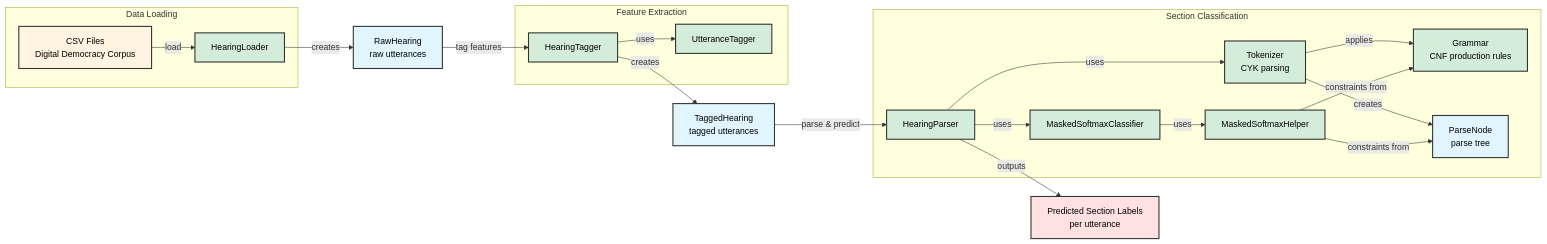
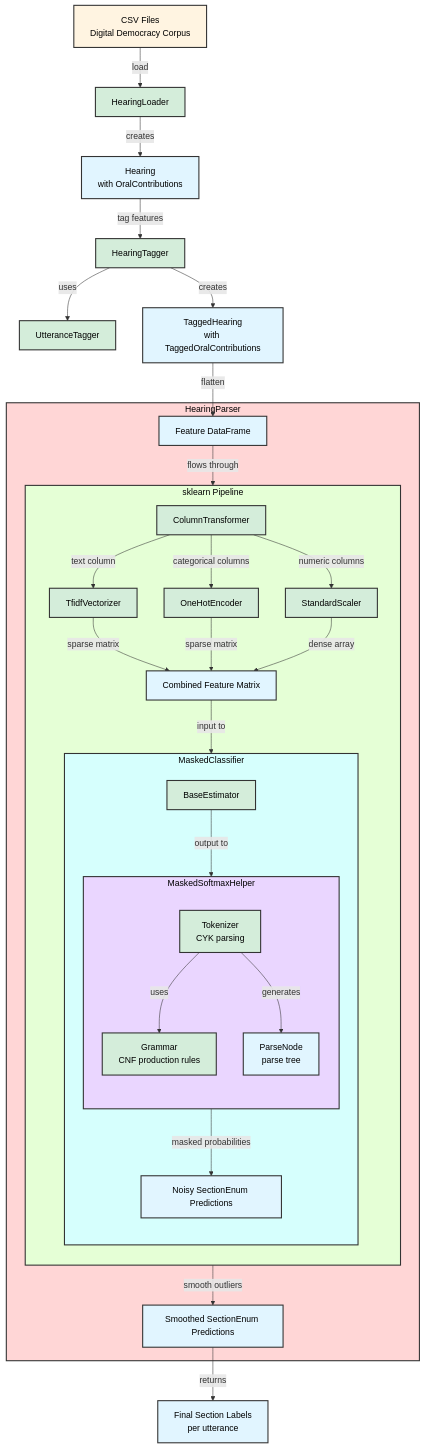
One commit to IsaacFigNewton/CommitteeHearingDiscourseParser changed the second of 2 diagrams in README.md. Above: the diagram before and after it, drawn with Mermaid. The commit also changed other lines of this file and 7 other files, not shown here.

````diff
--- a/README.md
+++ b/README.md
@@ -92,55 +76,69 @@
 ```mermaid
-graph LR
+graph TD
     %% Data flow
     CSV[CSV Files<br/>Digital Democracy Corpus] -->|load| HearingLoader
 
-    HearingLoader -->|creates| RawHearing[RawHearing<br/>raw utterances]
+    HearingLoader -->|creates| Hearing[Hearing<br/>with OralContributions]
 
-    RawHearing -->|tag features| HearingTagger
+    Hearing -->|tag features| HearingTagger
     HearingTagger -->|uses| UtteranceTagger
-    HearingTagger -->|creates| TaggedHearing[TaggedHearing<br/>tagged utterances]
+    HearingTagger -->|creates| TaggedHearing[TaggedHearing<br/>with TaggedOralContributions]
 
-    TaggedHearing -->|parse & predict| HearingParser
-    HearingParser -->|uses| Tokenizer[Tokenizer<br/>CYK parsing]
-    HearingParser -->|uses| MaskedSoftmaxClassifier
+    TaggedHearing -->|flatten| Features
 
-    Tokenizer -->|applies| Grammar[Grammar<br/>CNF production rules]
-    Tokenizer -->|creates| ParseNode[ParseNode<br/>parse tree]
+    subgraph HearingParser[HearingParser]
+        Features[Feature DataFrame] -->|flows through| CT
 
-    MaskedSoftmaxClassifier -->|uses| MaskedSoftmaxHelper
-    MaskedSoftmaxHelper -->|constraints from| ParseNode
-    MaskedSoftmaxHelper -->|constraints from| Grammar
+        subgraph Pipeline["sklearn Pipeline"]
+            direction TB
 
-    HearingParser -->|outputs| PredictedSections[Predicted Section Labels<br/>per utterance]
+            CT[ColumnTransformer]
 
-    %% Component grouping
-    subgraph "Data Loading"
-        HearingLoader
-        CSV
+            CT -->|text column| TfidfVec[TfidfVectorizer]
+            CT -->|categorical columns| OHE[OneHotEncoder]
+            CT -->|numeric columns| Scaler[StandardScaler]
+
+            TfidfVec -->|sparse matrix| FeatureMatrix[Combined Feature Matrix]
+            OHE -->|sparse matrix| FeatureMatrix
+            Scaler -->|dense array| FeatureMatrix
+
+            FeatureMatrix -->|input to| LR
+
+            subgraph MC[MaskedClassifier]
+                direction TB
+
+                LR[BaseEstimator]
+                LR -->|output to| MSH
+
+                subgraph MSH[MaskedSoftmaxHelper]
+                    direction TB
+
+                    Tokenizer[Tokenizer<br/>CYK parsing]
+                    Tokenizer -->|uses| Grammar[Grammar<br/>CNF production rules]
+                    Tokenizer -->|generates| ParseNode[ParseNode<br/>parse tree]
+                end
+
+                MSH -->|masked probabilities| Predictions[Noisy SectionEnum Predictions]
+            end
+        end
+
+        Predictions -->|smooth outliers| SmoothedSectionLabels[Smoothed SectionEnum Predictions]
     end
-
-    subgraph "Feature Extraction"
-        HearingTagger
-        UtteranceTagger
-    end
-
-    subgraph "Section Classification"
-        HearingParser
-        Tokenizer
-        Grammar
-        ParseNode
-        MaskedSoftmaxClassifier
-        MaskedSoftmaxHelper
-    end
+    SmoothedSectionLabels -->|returns| PredictedSections[Final Section Labels<br/>per utterance]
 
     %% Styling
     classDef input fill:#fff4e1,stroke:#333,stroke-width:2px,color:#000
     classDef data fill:#e1f5ff,stroke:#333,stroke-width:2px,color:#000
     classDef processing fill:#d4edda,stroke:#333,stroke-width:2px,color:#000
     classDef output fill:#ffe1e1,stroke:#333,stroke-width:2px,color:#000
 
     class CSV input
-    class RawHearing,TaggedHearing,ParseNode data
-    class HearingLoader,HearingTagger,UtteranceTagger,HearingParser,Tokenizer,Grammar,MaskedSoftmaxClassifier,MaskedSoftmaxHelper processing
-    class PredictedSections output
+    class Hearing,TaggedHearing,Features,FeatureMatrix,ParseNode,Predictions,SmoothedSectionLabels,PredictedSections data
+    class HearingLoader,HearingTagger,UtteranceTagger,HearingParser,CT,TfidfVec,OHE,Scaler,MC,LR,MSH,Tokenizer,Grammar processing
+
+    %% Softer HSV-inspired subgraph fills
+    style HearingParser fill:#ffd6d6,stroke:#333,stroke-width:2px,color:#000
+    style Pipeline fill:#e5ffd6,stroke:#333,stroke-width:2px,color:#000
+    style MC fill:#d6fffd,stroke:#333,stroke-width:2px,color:#000
+    style MSH fill:#ead6ff,stroke:#333,stroke-width:2px,color:#000
 ```
````
